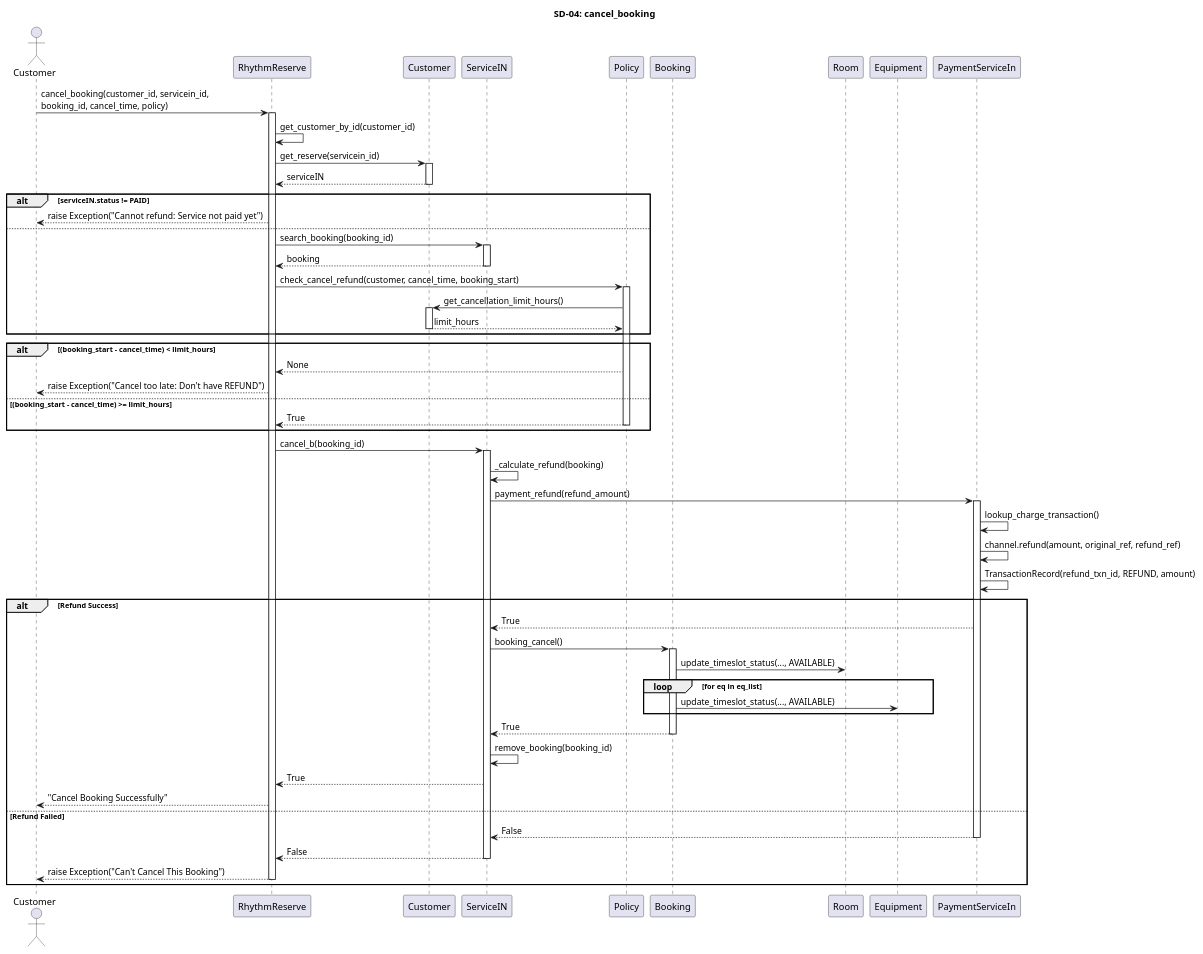
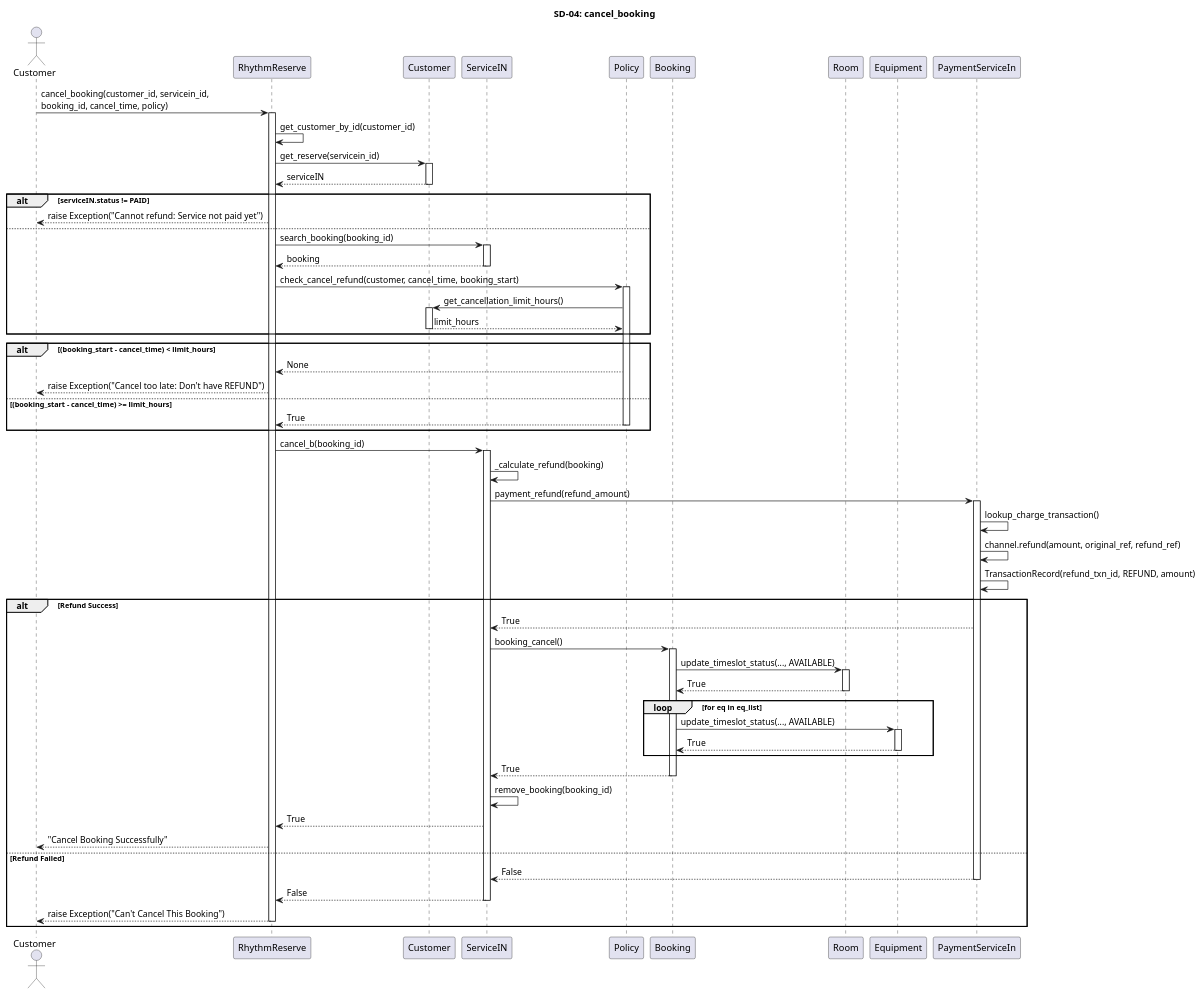
The diagram in diagram/sequence_diagram/9final_sequence/sd_04_cancel_booking.puml (pjngth998/RhythmReserve), drawn with PlantUML before and after one commit. The commit also changed 4 other files, not shown here.

```diff
--- a/diagram/sequence_diagram/9final_sequence/sd_04_cancel_booking.puml
+++ b/diagram/sequence_diagram/9final_sequence/sd_04_cancel_booking.puml
@@ -1,77 +1,83 @@
 @startuml
 title SD-04: cancel_booking
 
 actor Customer as C
 participant "RhythmReserve" as RR
 participant "Customer" as CUS
 participant "ServiceIN" as SIN
 participant "Policy" as POL
 participant "Booking" as BK
 participant "Room" as R
 participant "Equipment" as Eq
 participant "PaymentServiceIn" as PSIN
 
 C -> RR : cancel_booking(customer_id, servicein_id,\nbooking_id, cancel_time, policy)
 activate RR
 
 RR -> RR : get_customer_by_id(customer_id)
 RR -> CUS : get_reserve(servicein_id)
 activate CUS
 CUS --> RR : serviceIN
 deactivate CUS
 
 alt serviceIN.status != PAID
     RR --> C : raise Exception("Cannot refund: Service not paid yet")
 else
     RR -> SIN : search_booking(booking_id)
     activate SIN
     SIN --> RR : booking
     deactivate SIN
 
     RR -> POL : check_cancel_refund(customer, cancel_time, booking_start)
     activate POL
     POL -> CUS : get_cancellation_limit_hours()
     activate CUS
     CUS --> POL : limit_hours
     deactivate CUS
 end
 
 alt (booking_start - cancel_time) < limit_hours
     POL --> RR : None
     RR --> C : raise Exception("Cancel too late: Don't have REFUND")
 else (booking_start - cancel_time) >= limit_hours
     POL --> RR : True
     deactivate POL
 end
 
 RR -> SIN : cancel_b(booking_id)
 activate SIN
 SIN -> SIN : _calculate_refund(booking)
 SIN -> PSIN : payment_refund(refund_amount)
 activate PSIN
 PSIN -> PSIN : lookup_charge_transaction()
 PSIN -> PSIN : channel.refund(amount, original_ref, refund_ref)
 PSIN -> PSIN : TransactionRecord(refund_txn_id, REFUND, amount)
 alt Refund Success
     PSIN --> SIN : True
     SIN -> BK : booking_cancel()
     activate BK
     BK -> R : update_timeslot_status(..., AVAILABLE)
+    activate R
+    R --> BK : True
+    deactivate R
     loop for eq in eq_list
         BK -> Eq : update_timeslot_status(..., AVAILABLE)
+        activate Eq
+        Eq --> BK : True
+        deactivate Eq
     end
     BK --> SIN : True
     deactivate BK
     SIN -> SIN : remove_booking(booking_id)
     SIN --> RR : True
     RR --> C : "Cancel Booking Successfully"
 else Refund Failed
     PSIN --> SIN : False
     deactivate PSIN
     SIN --> RR : False
     deactivate SIN
     RR --> C : raise Exception("Can't Cancel This Booking")
     deactivate RR
 end
 
 @enduml
```
